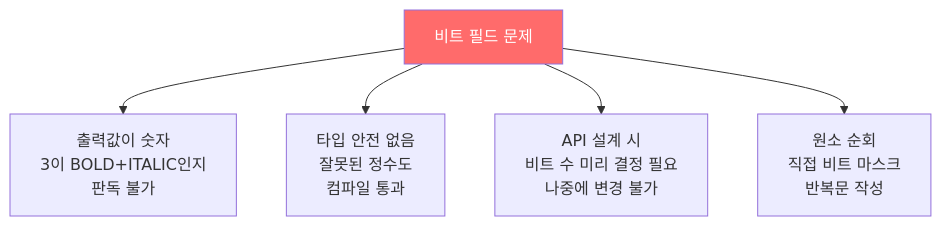
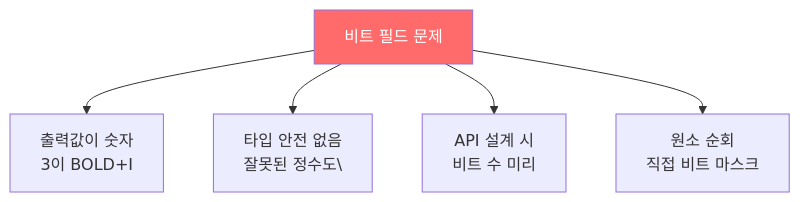
Before and after one commit to yjkim2015/yjkim2015.github.io: the first of 4 diagrams in _posts/java/2022-01-14-effective-java36.md, drawn with Mermaid. The commit also changed other lines of this file and 271 other files, not shown here.

First line of the commit message:
Mermaid 라벨 축소: 긴 노드 텍스트 18자 이하로 트림 + \n 제거

````diff
--- a/_posts/java/2022-01-14-effective-java36.md
+++ b/_posts/java/2022-01-14-effective-java36.md
@@ -39,8 +39,8 @@
 ```mermaid
 graph TD
-    A["비트 필드 문제"] --> B["출력값이 숫자\n3이 BOLD+ITALIC인지\n판독 불가"]
-    A --> C["타입 안전 없음\n잘못된 정수도\n컴파일 통과"]
-    A --> D["API 설계 시\n비트 수 미리 결정 필요\n나중에 변경 불가"]
-    A --> E["원소 순회\n직접 비트 마스크\n반복문 작성"]
+    A["비트 필드 문제"] --> B["출력값이 숫자\n3이 BOLD+I"]
+    A --> C["타입 안전 없음\n잘못된 정수도\"]
+    A --> D["API 설계 시\n비트 수 미리"]
+    A --> E["원소 순회\n직접 비트 마스크\n"]
     style A fill:#ff6b6b,color:#fff
 ```
````
